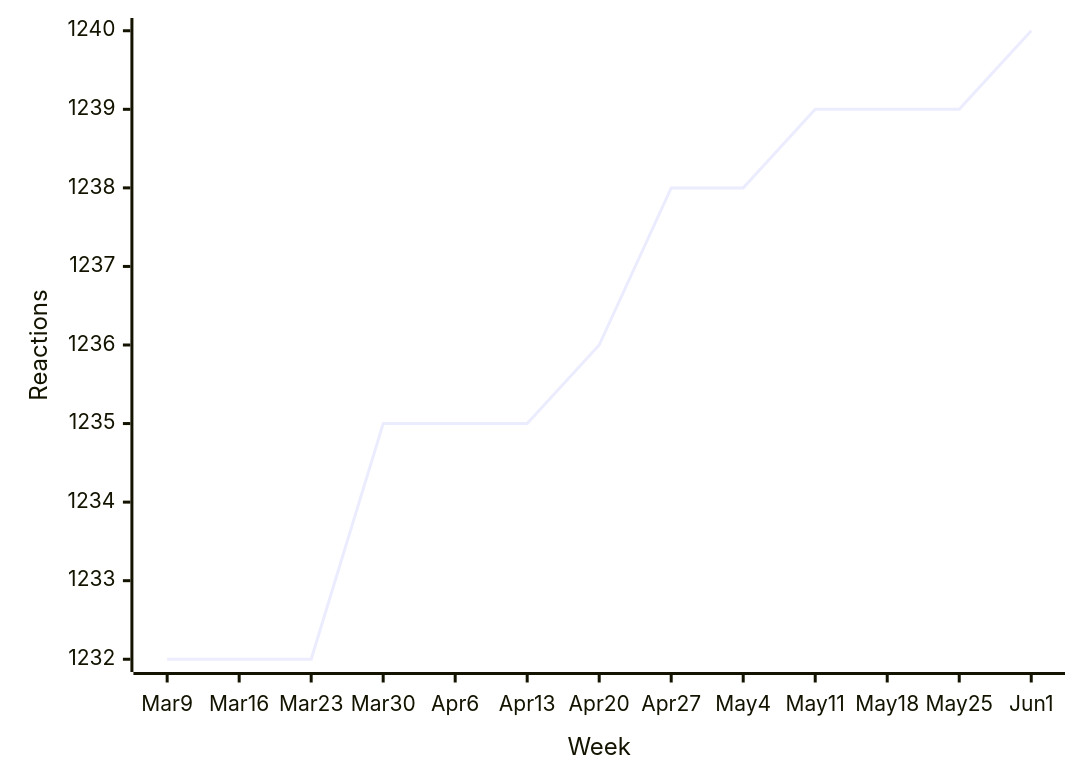
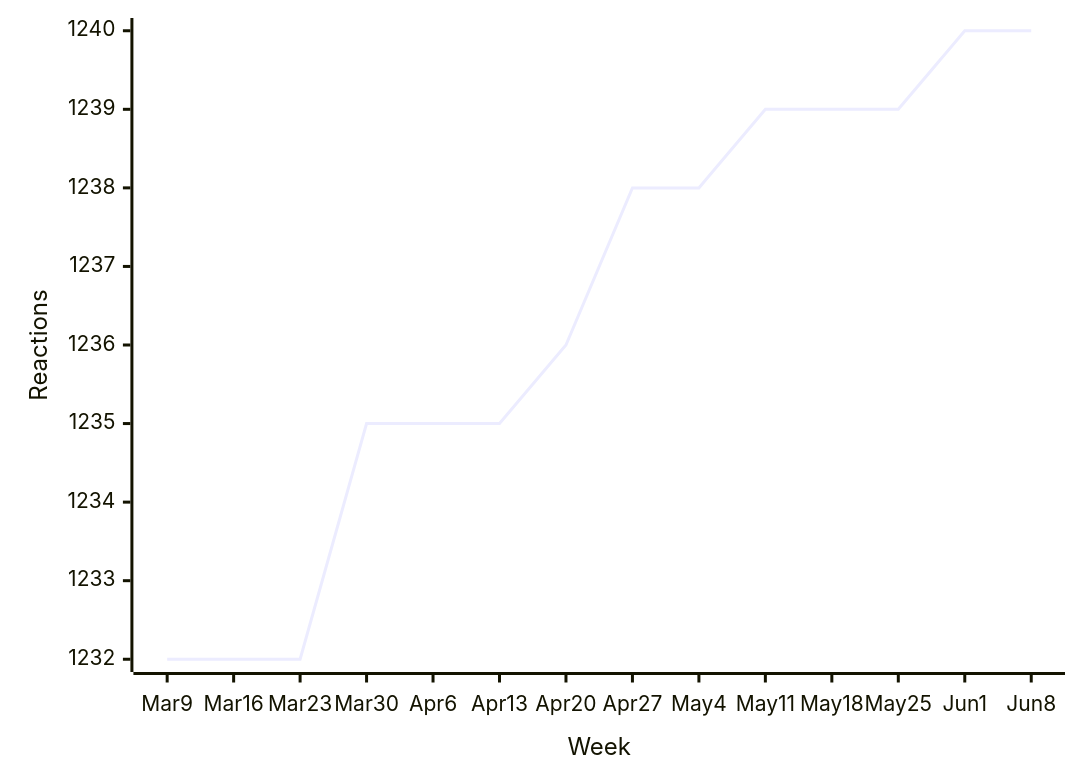
Diagram 14 of 44 in README.md (loic-sharma/github-insights), drawn with Mermaid before and after one commit. The commit also changed other lines of this file and 3 other files, not shown here.

````diff
--- a/README.md
+++ b/README.md
@@ -560,6 +560,6 @@
   ```mermaid
   xychart-beta
-    x-axis "Week" [Mar 9, Mar 16, Mar 23, Mar 30, Apr 6, Apr 13, Apr 20, Apr 27, May 4, May 11, May 18, May 25, Jun 1]
+    x-axis "Week" [Mar 9, Mar 16, Mar 23, Mar 30, Apr 6, Apr 13, Apr 20, Apr 27, May 4, May 11, May 18, May 25, Jun 1, Jun 8]
     y-axis "Reactions"
-    line [1232, 1232, 1232, 1235, 1235, 1235, 1236, 1238, 1238, 1239, 1239, 1239, 1240]
+    line [1232, 1232, 1232, 1235, 1235, 1235, 1236, 1238, 1238, 1239, 1239, 1239, 1240, 1240]
   ```
````
